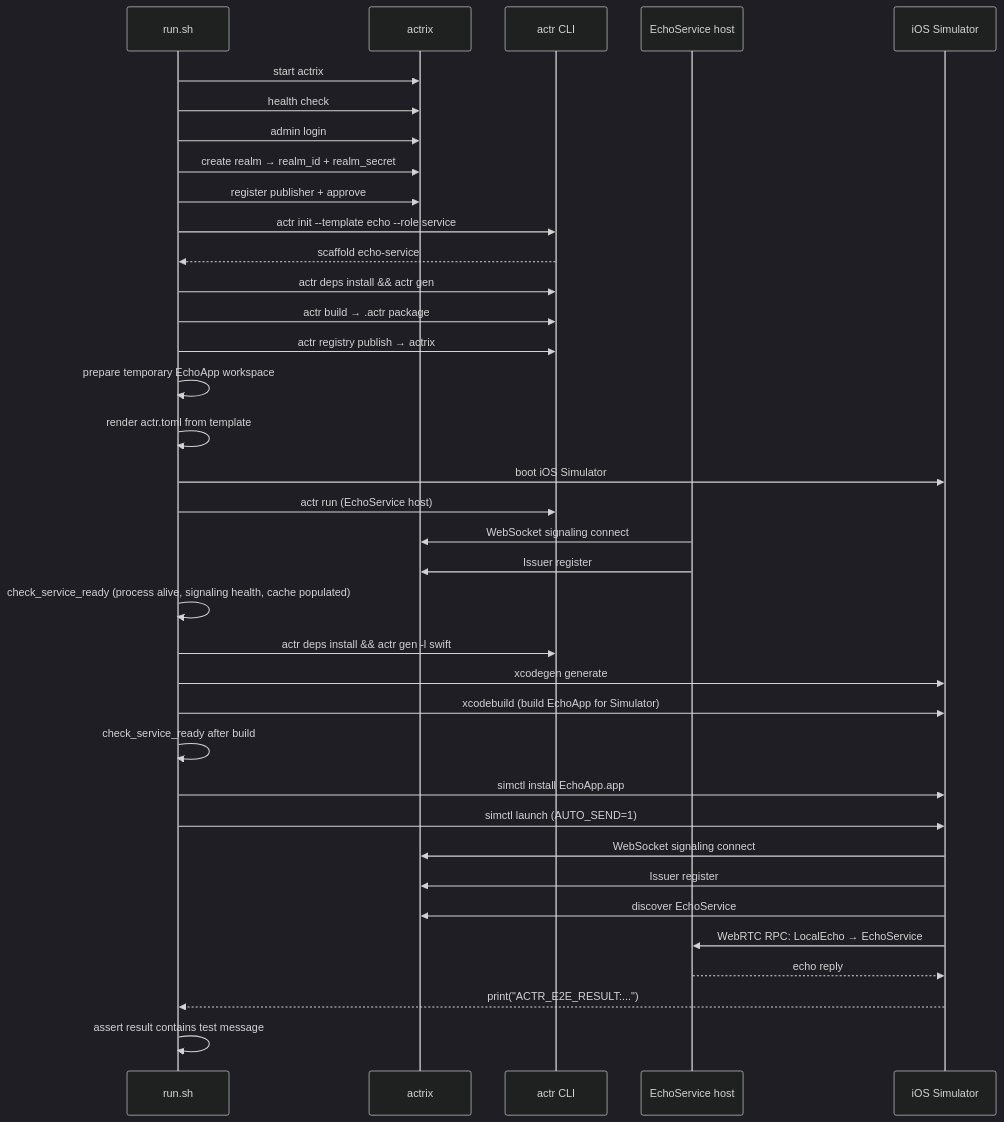
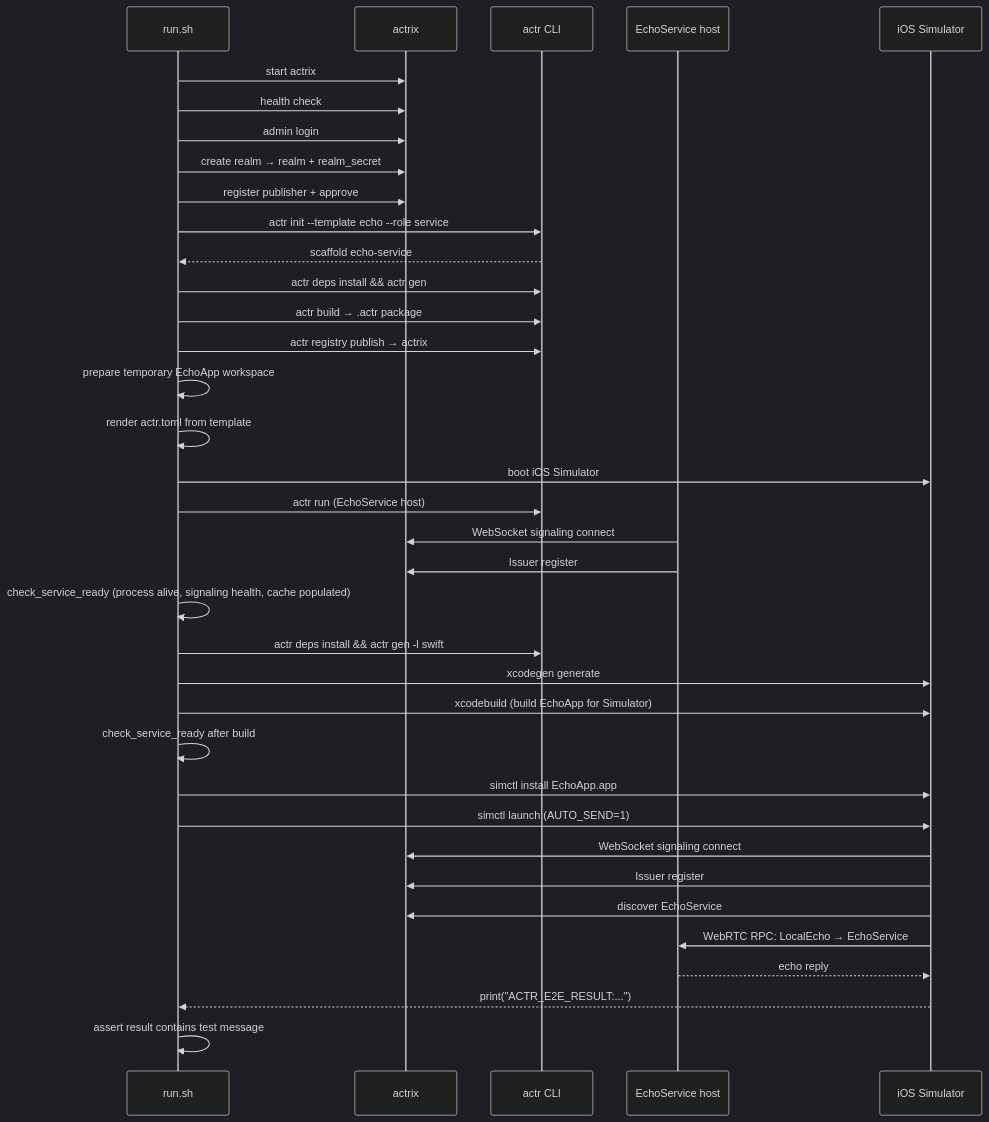
One commit to Actrium/actrium changed the second of 2 diagrams in tests/e2e/actr/swift-echo-app/README.md. Above: the diagram before and after it, drawn with Mermaid (dark theme). The commit also changed 144 other files, not shown here.

````diff
--- a/tests/e2e/actr/swift-echo-app/README.md
+++ b/tests/e2e/actr/swift-echo-app/README.md
@@ -36,44 +36,44 @@
 ```mermaid
 sequenceDiagram
     participant CI as run.sh
     participant AX as actrix
     participant CLI as actr CLI
     participant ES as EchoService host
     participant SIM as iOS Simulator
 
     CI->>AX: start actrix
     CI->>AX: health check
     CI->>AX: admin login
-    CI->>AX: create realm → realm_id + realm_secret
+    CI->>AX: create realm → realm + realm_secret
     CI->>AX: register publisher + approve
 
     CI->>CLI: actr init --template echo --role service
     CLI-->>CI: scaffold echo-service
     CI->>CLI: actr deps install && actr gen
     CI->>CLI: actr build → .actr package
     CI->>CLI: actr registry publish → actrix
 
     CI->>CI: prepare temporary EchoApp workspace
     CI->>CI: render actr.toml from template
     CI->>SIM: boot iOS Simulator
 
     CI->>CLI: actr run (EchoService host)
     ES->>AX: WebSocket signaling connect
     ES->>AX: Issuer register
     CI->>CI: check_service_ready (process alive, signaling health, cache populated)
     CI->>CLI: actr deps install && actr gen -l swift
     CI->>SIM: xcodegen generate
     CI->>SIM: xcodebuild (build EchoApp for Simulator)
     CI->>CI: check_service_ready after build
 
     CI->>SIM: simctl install EchoApp.app
     CI->>SIM: simctl launch (AUTO_SEND=1)
 
     SIM->>AX: WebSocket signaling connect
     SIM->>AX: Issuer register
     SIM->>AX: discover EchoService
     SIM->>ES: WebRTC RPC: LocalEcho → EchoService
     ES-->>SIM: echo reply
     SIM-->>CI: print("ACTR_E2E_RESULT:...")
     CI->>CI: assert result contains test message
 ```
````
